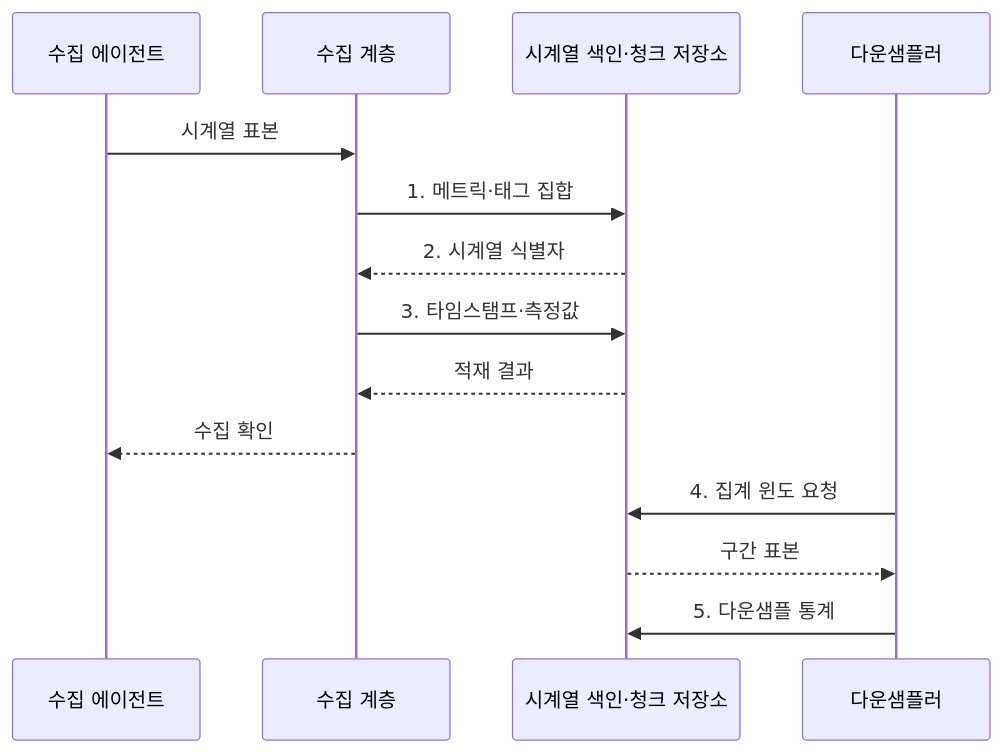
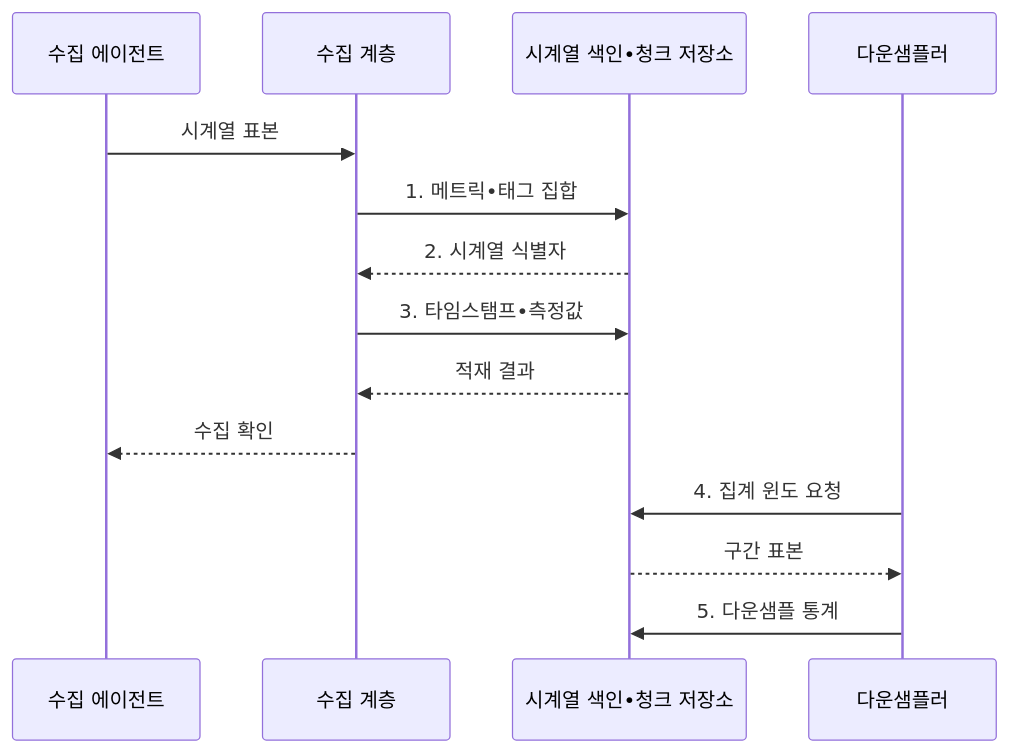
The second of 2 diagrams in src/content/docs/notes/03-software/110_time_series_database.md (agnusdei1207/knowledge-base), drawn with Mermaid before and after one commit. The commit also changed other lines of this file and 953 other files, not shown here.

````diff
--- a/src/content/docs/notes/03-software/110_time_series_database.md
+++ b/src/content/docs/notes/03-software/110_time_series_database.md
@@ -109,16 +109,16 @@
 ```mermaid
 sequenceDiagram
     participant A as 수집 에이전트
     participant I as 수집 계층
-    participant C as 시계열 색인·청크 저장소
+    participant C as 시계열 색인•청크 저장소
     participant D as 다운샘플러
     A->>I: 시계열 표본
-    I->>C: 1. 메트릭·태그 집합
+    I->>C: 1. 메트릭•태그 집합
     C-->>I: 2. 시계열 식별자
-    I->>C: 3. 타임스탬프·측정값
+    I->>C: 3. 타임스탬프•측정값
     C-->>I: 적재 결과
     I-->>A: 수집 확인
     D->>C: 4. 집계 윈도 요청
     C-->>D: 구간 표본
     D->>C: 5. 다운샘플 통계
 ```
````
